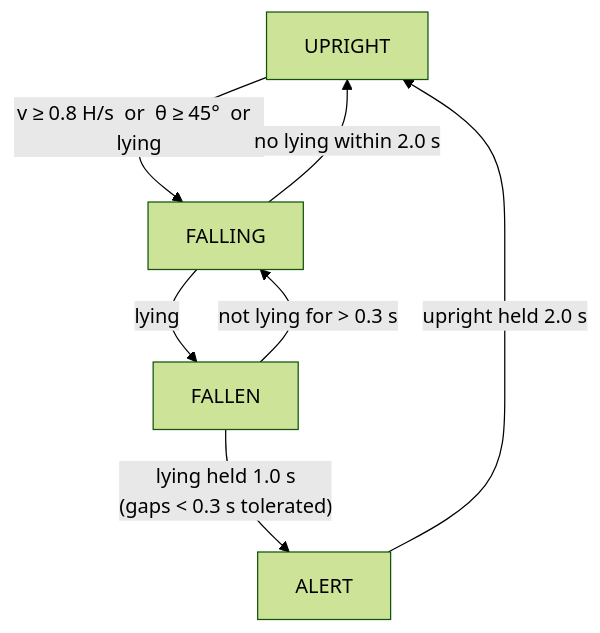
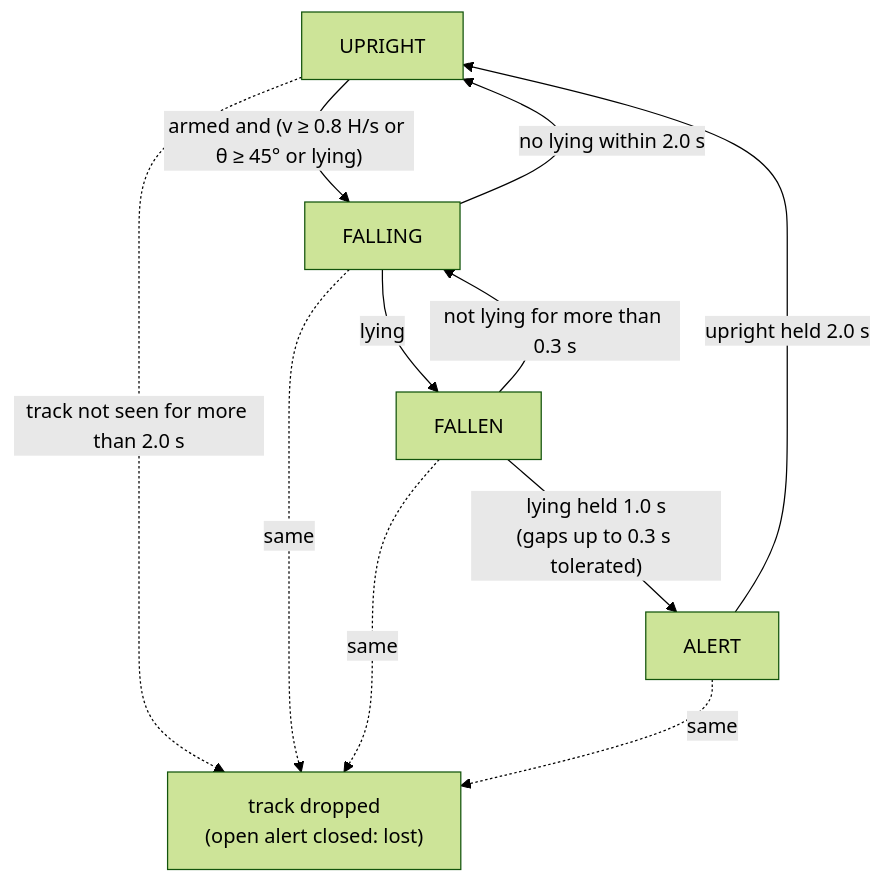
Before and after one commit to karemdm/fall-detection-alert: the second of 2 diagrams in docs/how-it-works.md, drawn with Mermaid (forest theme). The commit also changed other lines of this file and 1 other file, not shown here.

Commit message:
docs: clearer diagrams (armed gate, FALLEN to FALLING, dropped tracks), exit codes, timing and edge-case notes

````diff
--- a/docs/how-it-works.md
+++ b/docs/how-it-works.md
@@ -79,9 +80,13 @@
 ```mermaid
 flowchart TD
-    U["UPRIGHT"] -- "v ≥ 0.8 H/s  or  θ ≥ 45°  or  lying" --> F["FALLING"]
+    U["UPRIGHT"] -- "armed and (v ≥ 0.8 H/s or θ ≥ 45° or lying)" --> F["FALLING"]
     F -- "lying" --> D["FALLEN"]
     F -- "no lying within 2.0 s" --> U
-    D -- "lying held 1.0 s<br/>(gaps < 0.3 s tolerated)" --> A["ALERT"]
-    D -- "not lying for > 0.3 s" --> F
+    D -- "lying held 1.0 s<br/>(gaps up to 0.3 s tolerated)" --> A["ALERT"]
+    D -- "not lying for more than 0.3 s" --> F
     A -- "upright held 2.0 s" --> U
+    U -. "track not seen for more than 2.0 s" .-> X["track dropped<br/>(open alert closed: lost)"]
+    F -. "same" .-> X
+    D -. "same" .-> X
+    A -. "same" .-> X
 ```
````
